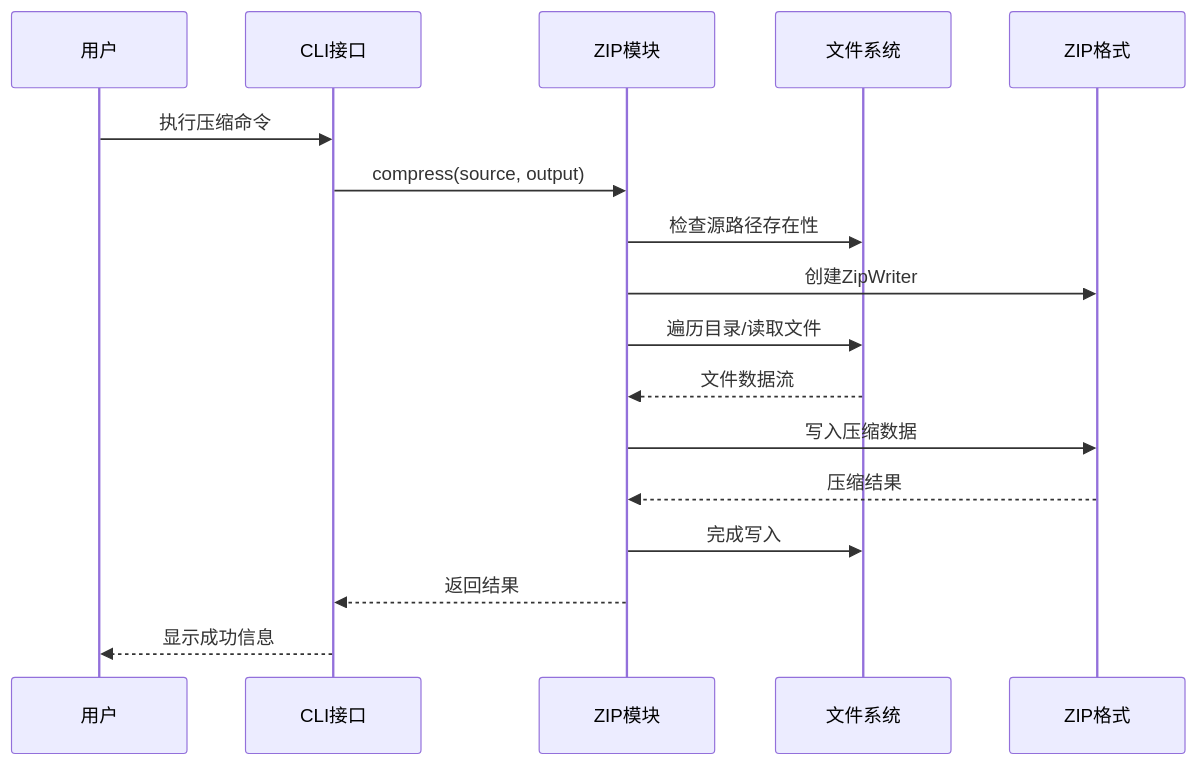
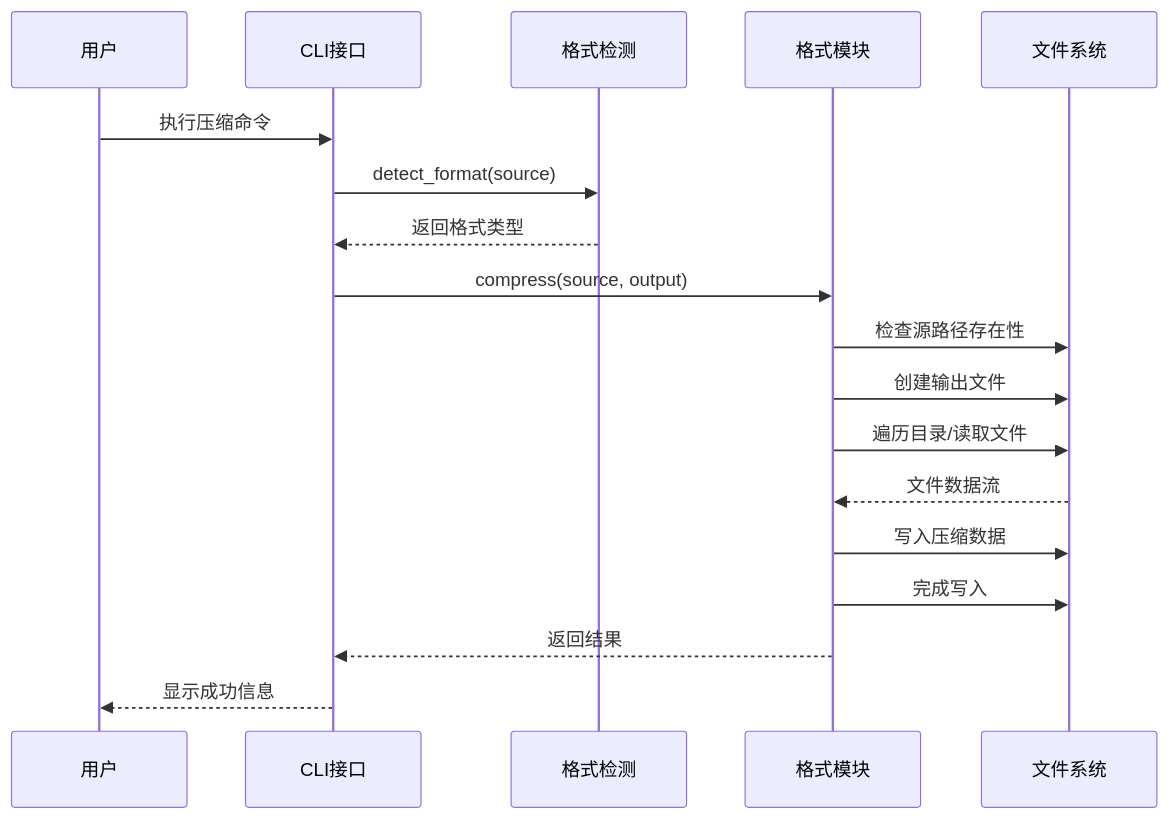
The third of 11 diagrams in .qoder/repowiki/zh/content/核心功能实现/核心功能实现.md (zhangjiacai-hub/myArchive), drawn with Mermaid before and after one commit. The commit also changed other lines of this file and 6 other files, not shown here.

````diff
--- a/.qoder/repowiki/zh/content/核心功能实现/核心功能实现.md
+++ b/.qoder/repowiki/zh/content/核心功能实现/核心功能实现.md
@@ -155,19 +252,20 @@
 ```mermaid
 sequenceDiagram
 participant U as 用户
 participant CLI as CLI接口
-participant Z as ZIP模块
+participant FD as 格式检测
+participant FM as 格式模块
 participant FS as 文件系统
-participant ZIP as ZIP格式
 U->>CLI : 执行压缩命令
-CLI->>Z : compress(source, output)
-Z->>FS : 检查源路径存在性
-Z->>ZIP : 创建ZipWriter
-Z->>FS : 遍历目录/读取文件
-FS-->>Z : 文件数据流
-Z->>ZIP : 写入压缩数据
-ZIP-->>Z : 压缩结果
-Z->>FS : 完成写入
-Z-->>CLI : 返回结果
+CLI->>FD : detect_format(source)
+FD-->>CLI : 返回格式类型
+CLI->>FM : compress(source, output)
+FM->>FS : 检查源路径存在性
+FM->>FS : 创建输出文件
+FM->>FS : 遍历目录/读取文件
+FS-->>FM : 文件数据流
+FM->>FS : 写入压缩数据
+FM->>FS : 完成写入
+FM-->>CLI : 返回结果
 CLI-->>U : 显示成功信息
 ```
````
